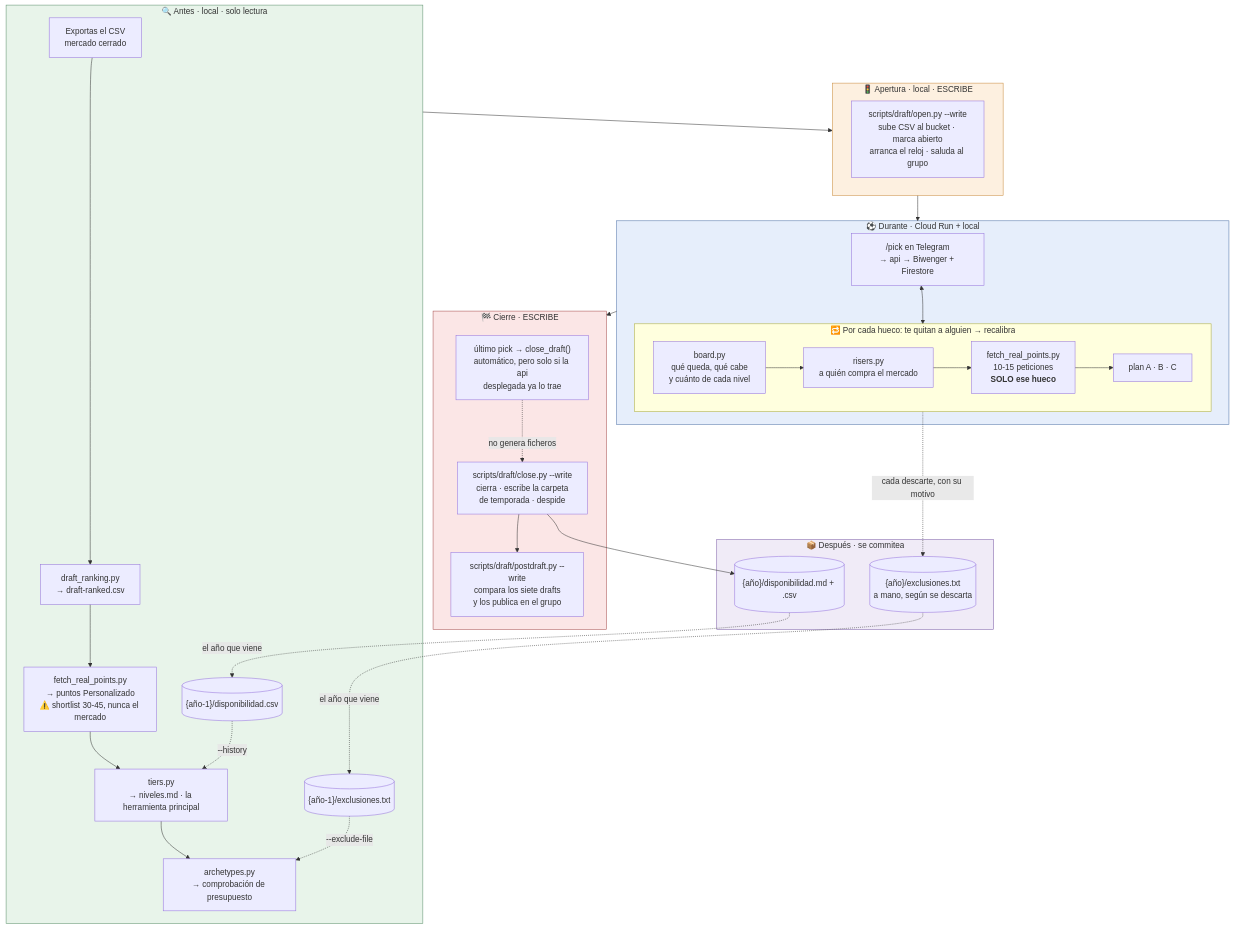
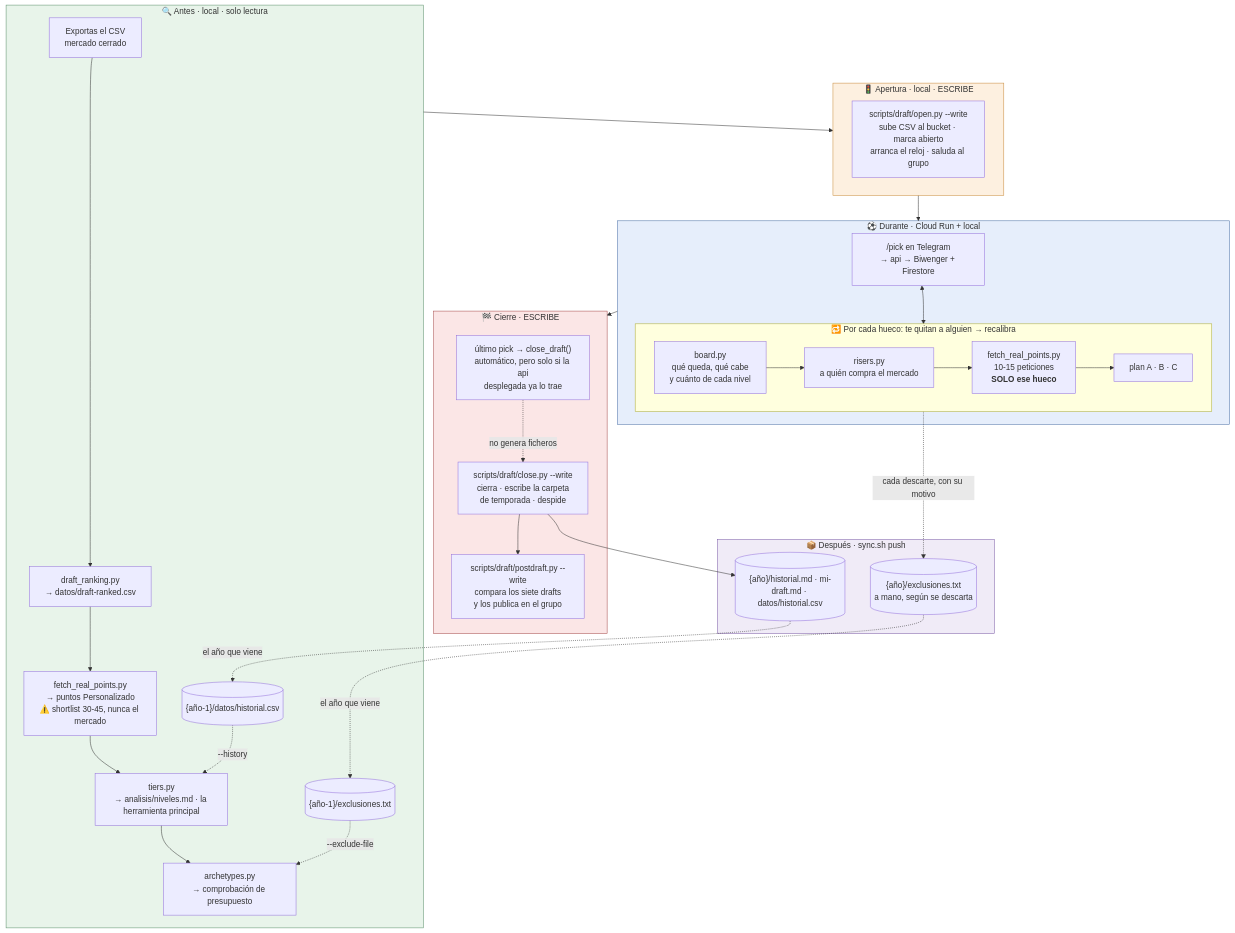
Before and after one commit to jorgelillo7/lillorepo: the diagram in packages/biwenger_tools/.claude/skills/draft/SKILL.md, drawn with Mermaid. The commit also changed other lines of this file and 22 other files, not shown here.

First line of the commit message:
feat(biwenger_tools): draft season folders say what each file is, and stay out of the public repo (#649)

````diff
--- a/packages/biwenger_tools/.claude/skills/draft/SKILL.md
+++ b/packages/biwenger_tools/.claude/skills/draft/SKILL.md
@@ -21,51 +21,51 @@
 ```mermaid
 flowchart TD
     subgraph PREP["🔍 Antes · local · solo lectura"]
-        CSV["Exportas el CSV<br/>mercado cerrado"] --> RANK["draft_ranking.py<br/>→ draft-ranked.csv"]
+        CSV["Exportas el CSV<br/>mercado cerrado"] --> RANK["draft_ranking.py<br/>→ datos/draft-ranked.csv"]
         RANK --> REAL["fetch_real_points.py<br/>→ puntos Personalizado<br/>⚠️ shortlist 30-45, nunca el mercado"]
-        REAL --> TIERS["tiers.py<br/>→ niveles.md · la herramienta principal"]
+        REAL --> TIERS["tiers.py<br/>→ analisis/niveles.md · la herramienta principal"]
         TIERS --> ARCH["archetypes.py<br/>→ comprobación de presupuesto"]
-        HIST[("{año-1}/disponibilidad.csv")] -.->|--history| TIERS
+        HIST[("{año-1}/datos/historial.csv")] -.->|--history| TIERS
         EXCL[("{año-1}/exclusiones.txt")] -.->|--exclude-file| ARCH
     end
 
     subgraph OPEN["🚦 Apertura · local · ESCRIBE"]
         OP["scripts/draft/open.py --write<br/>sube CSV al bucket · marca abierto<br/>arranca el reloj · saluda al grupo"]
     end
 
     subgraph LIVE["⚽ Durante · Cloud Run + local"]
         BOT["/pick en Telegram<br/>→ api → Biwenger + Firestore"]
         subgraph LOOP["🔁 Por cada hueco: te quitan a alguien → recalibra"]
             direction LR
             L1["board.py<br/>qué queda, qué cabe<br/>y cuánto de cada nivel"] --> L2["risers.py<br/>a quién compra el mercado"]
             L2 --> L3["fetch_real_points.py<br/>10-15 peticiones<br/><b>SOLO ese hueco</b>"]
             L3 --> L4["plan A · B · C"]
         end
         BOT <--> LOOP
     end
 
     subgraph CLOSE["🏁 Cierre · ESCRIBE"]
         AUTO["último pick → close_draft()<br/>automático, pero solo si la api<br/>desplegada ya lo trae"]
         MAN["scripts/draft/close.py --write<br/>cierra · escribe la carpeta<br/>de temporada · despide"]
         POST["scripts/draft/postdraft.py --write<br/>compara los siete drafts<br/>y los publica en el grupo"]
         MAN --> POST
     end
 
-    subgraph AFTER["📦 Después · se commitea"]
-        OUT[("{año}/disponibilidad.md + .csv")]
+    subgraph AFTER["📦 Después · sync.sh push"]
+        OUT[("{año}/historial.md · mi-draft.md · datos/historial.csv")]
         VETO[("{año}/exclusiones.txt<br/>a mano, según se descarta")]
     end
 
     PREP --> OPEN --> LIVE --> CLOSE
     AUTO -.->|"no genera ficheros"| MAN
     MAN --> OUT
     LOOP -.->|"cada descarte, con su motivo"| VETO
     OUT -.->|"el año que viene"| HIST
     VETO -.->|"el año que viene"| EXCL
 
     style PREP fill:#e8f4ea,stroke:#5a8f6b
     style OPEN fill:#fdf0e0,stroke:#c98a3a
     style LIVE fill:#e6eefb,stroke:#4a6fa5
     style CLOSE fill:#fbe6e6,stroke:#a54a4a
     style AFTER fill:#f0ebf7,stroke:#7a5aa5
 ```
````
